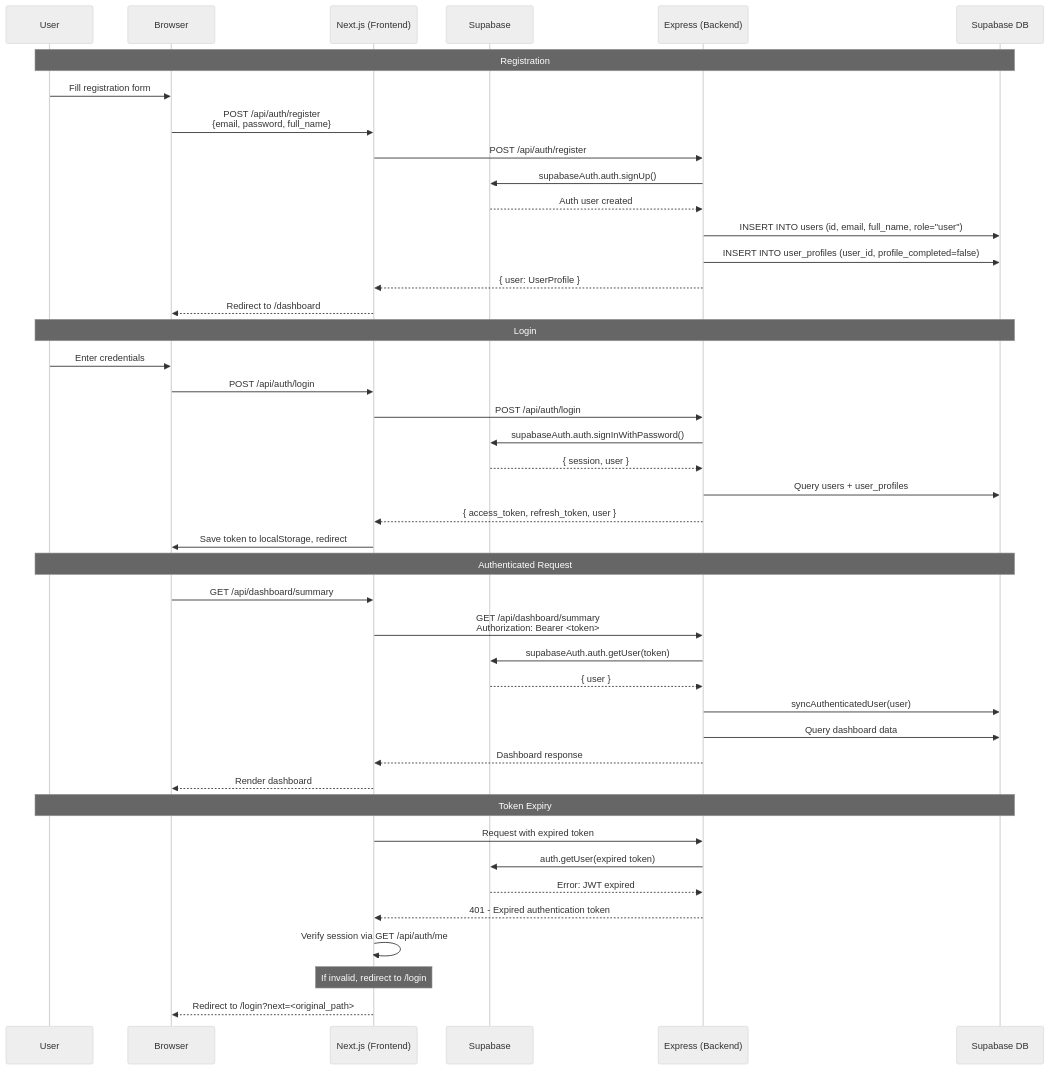
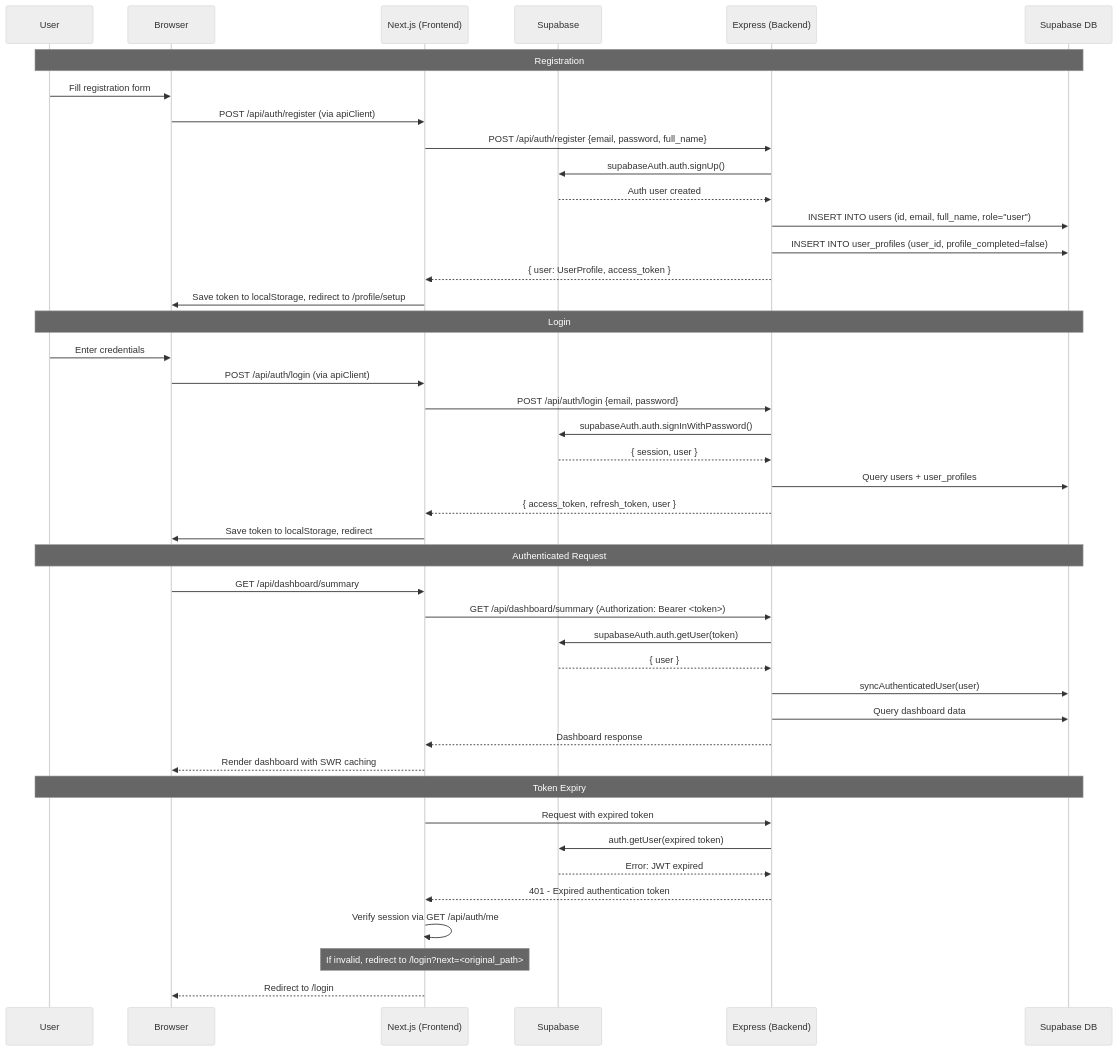
One commit to ankitpandey006/BharatLens changed the third of 6 diagrams in DOCUMENTATION.md. Above: the diagram before and after it, drawn with Mermaid (neutral theme). The commit also changed other lines of this file and 28 other files, not shown here.

````diff
--- a/DOCUMENTATION.md
+++ b/DOCUMENTATION.md
@@ -873,49 +920,49 @@
 ```mermaid
 sequenceDiagram
     participant User
     participant Browser
     participant NextJS as Next.js (Frontend)
     participant Supabase
     participant Express as Express (Backend)
     participant DB as Supabase DB
 
     Note over User,DB: Registration
     User->>Browser: Fill registration form
-    Browser->>NextJS: POST /api/auth/register<br/>{email, password, full_name}
-    NextJS->>Express: POST /api/auth/register
+    Browser->>NextJS: POST /api/auth/register (via apiClient)
+    NextJS->>Express: POST /api/auth/register {email, password, full_name}
     Express->>Supabase: supabaseAuth.auth.signUp()
     Supabase-->>Express: Auth user created
     Express->>DB: INSERT INTO users (id, email, full_name, role="user")
     Express->>DB: INSERT INTO user_profiles (user_id, profile_completed=false)
-    Express-->>NextJS: { user: UserProfile }
-    NextJS-->>Browser: Redirect to /dashboard
+    Express-->>NextJS: { user: UserProfile, access_token }
+    NextJS->>Browser: Save token to localStorage, redirect to /profile/setup
 
     Note over User,DB: Login
     User->>Browser: Enter credentials
-    Browser->>NextJS: POST /api/auth/login
-    NextJS->>Express: POST /api/auth/login
+    Browser->>NextJS: POST /api/auth/login (via apiClient)
+    NextJS->>Express: POST /api/auth/login {email, password}
     Express->>Supabase: supabaseAuth.auth.signInWithPassword()
     Supabase-->>Express: { session, user }
     Express->>DB: Query users + user_profiles
     Express-->>NextJS: { access_token, refresh_token, user }
     NextJS->>Browser: Save token to localStorage, redirect
 
     Note over User,DB: Authenticated Request
     Browser->>NextJS: GET /api/dashboard/summary
-    NextJS->>Express: GET /api/dashboard/summary<br/>Authorization: Bearer <token>
+    NextJS->>Express: GET /api/dashboard/summary (Authorization: Bearer <token>)
     Express->>Supabase: supabaseAuth.auth.getUser(token)
     Supabase-->>Express: { user }
     Express->>DB: syncAuthenticatedUser(user)
     Express->>DB: Query dashboard data
     Express-->>NextJS: Dashboard response
-    NextJS-->>Browser: Render dashboard
+    NextJS-->>Browser: Render dashboard with SWR caching
 
     Note over User,DB: Token Expiry
     NextJS->>Express: Request with expired token
     Express->>Supabase: auth.getUser(expired token)
     Supabase-->>Express: Error: JWT expired
     Express-->>NextJS: 401 - Expired authentication token
     NextJS->>NextJS: Verify session via GET /api/auth/me
-    Note over NextJS: If invalid, redirect to /login
-    NextJS-->>Browser: Redirect to /login?next=<original_path>
+    Note over NextJS: If invalid, redirect to /login?next=<original_path>
+    NextJS-->>Browser: Redirect to /login
 ```
````
